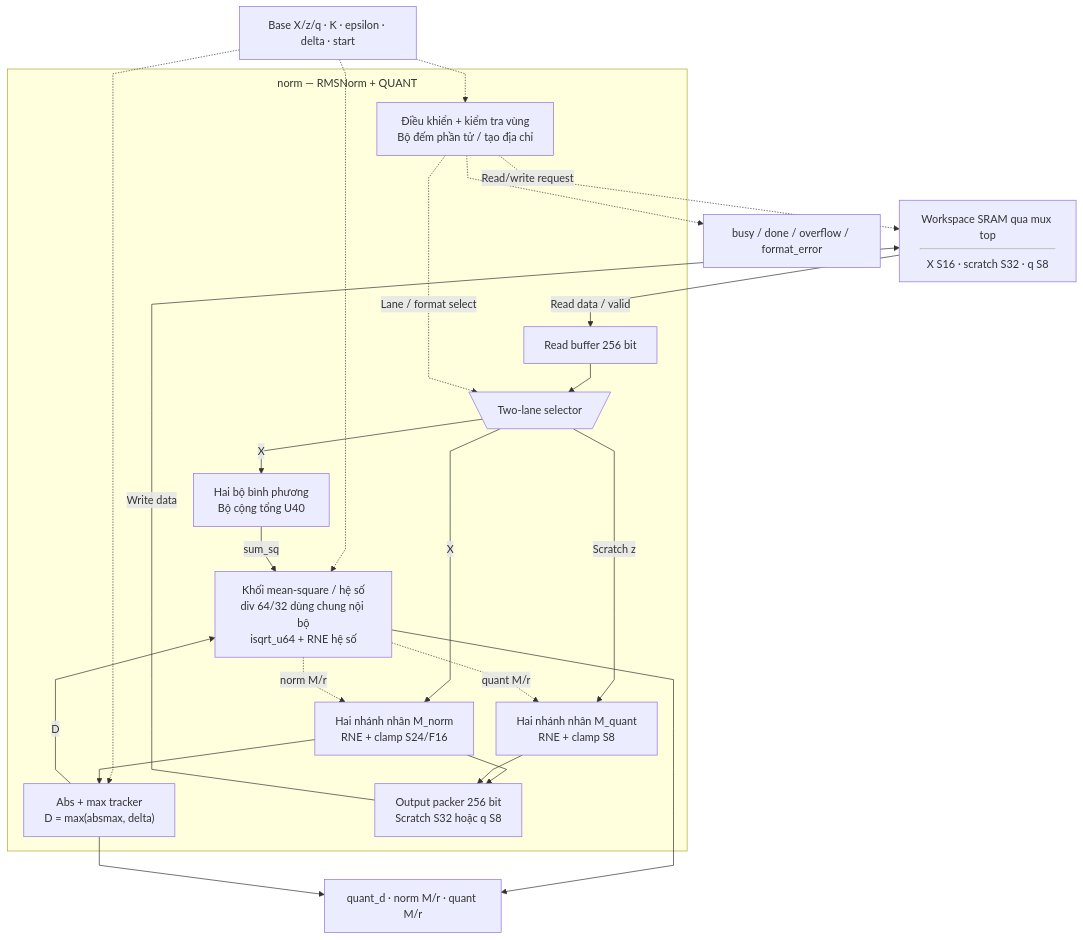
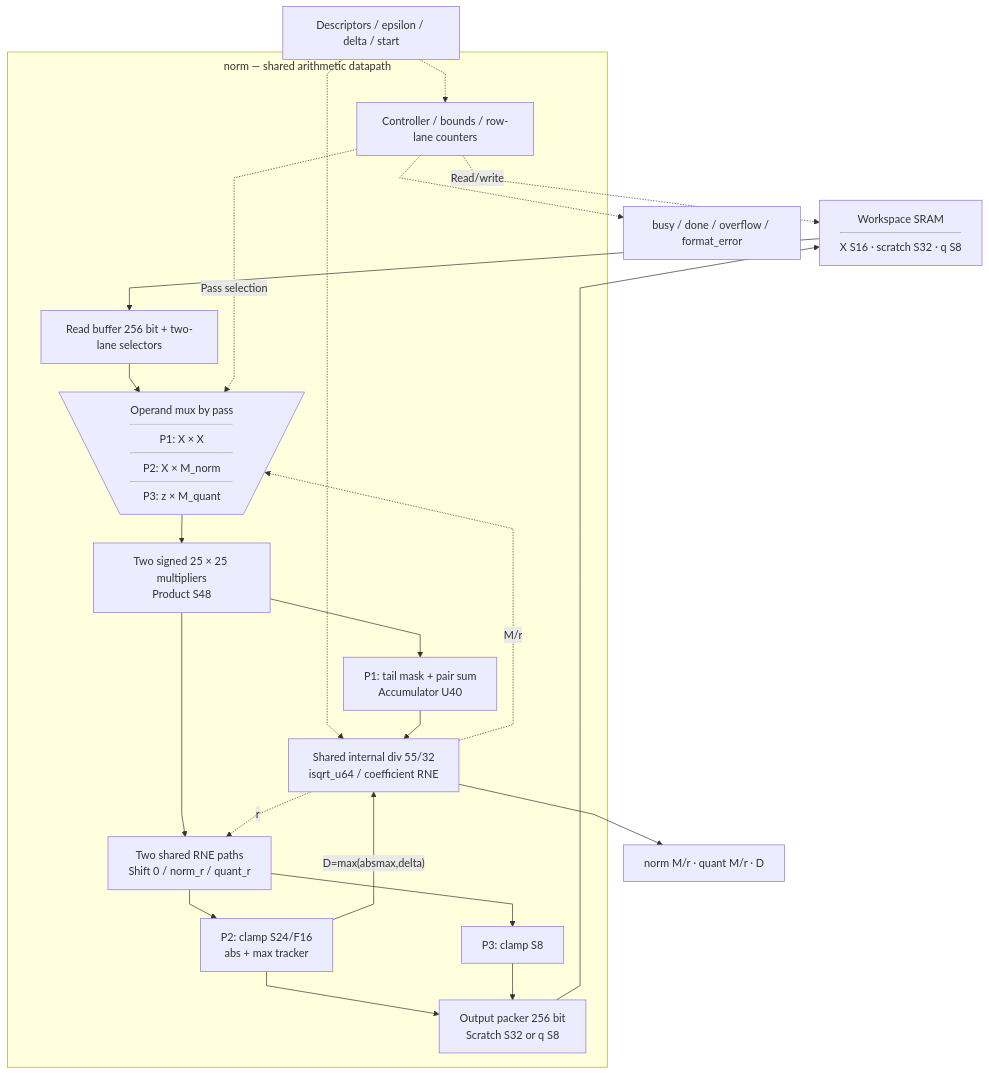
The first of 5 diagrams in docs/source_guide/blocks/norm.sv.md (nguyennhutkhanhtom/NPU), drawn with Mermaid before and after one commit. The commit also changed other lines of this file and 123 other files, not shown here.

````diff
--- a/docs/source_guide/blocks/norm.sv.md
+++ b/docs/source_guide/blocks/norm.sv.md
@@ -17,40 +17,38 @@
 ```mermaid
 flowchart TB
-%%{init: {"flowchart": {"subGraphTitleMargin": {"top": 8, "bottom": 20}, "nodeSpacing": 28, "rankSpacing": 42, "curve": "linear"}}}%%
-    WS@{ shape: rect, label: "Workspace SRAM qua mux top<hr/>X S16 · scratch S32 · q S8" }
-    CFG["Base X/z/q · K · epsilon · delta · start"]
-    subgraph CORE["norm — RMSNorm + QUANT"]
-        CTRL["Điều khiển + kiểm tra vùng<br/>Bộ đếm phần tử / tạo địa chỉ"]
-        READ["Read buffer 256 bit"]
-        LANE@{ shape: trap-t, label: "Two-lane selector" }
-        SQ["Hai bộ bình phương<br/>Bộ cộng tổng U40"]
-        COEF["Khối mean-square / hệ số<br/>div 64/32 dùng chung nội bộ<br/>isqrt_u64 + RNE hệ số"]
-        Z["Hai nhánh nhân M_norm<br/>RNE + clamp S24/F16"]
-        MAX["Abs + max tracker<br/>D = max(absmax, delta)"]
-        Q["Hai nhánh nhân M_quant<br/>RNE + clamp S8"]
-        PACK["Output packer 256 bit<br/>Scratch S32 hoặc q S8"]
+%%{init: {"flowchart": {"subGraphTitleMargin": {"top": 8, "bottom": 45}, "nodeSpacing": 28, "rankSpacing": 42, "curve": "linear"}}}%%
+    WS@{ shape: rect, label: "Workspace SRAM<hr/>X S16 · scratch S32 · q S8" }
+    CFG["Descriptors / epsilon / delta / start"]
+    subgraph CORE["norm — shared arithmetic datapath"]
+        CTRL["Controller / bounds / row-lane counters"]
+        READ["Read buffer 256 bit + two-lane selectors"]
+        OPS@{ shape: trap-t, label: "Operand mux by pass<hr/>P1: X × X<hr/>P2: X × M_norm<hr/>P3: z × M_quant" }
+        MUL["Two signed 25 × 25 multipliers<br/>Product S48"]
+        RNE["Two shared RNE paths<br/>Shift 0 / norm_r / quant_r"]
+        SUM["P1: tail mask + pair sum<br/>Accumulator U40"]
+        COEF["Shared internal div 55/32<br/>isqrt_u64 / coefficient RNE"]
+        Z["P2: clamp S24/F16<br/>abs + max tracker"]
+        Q["P3: clamp S8"]
+        PACK["Output packer 256 bit<br/>Scratch S32 or q S8"]
     end
-    META["quant_d · norm M/r · quant M/r"]
-    STATUS["busy / done / overflow / format_error"]
     CFG -.-> CTRL
     CFG -.-> COEF
-    CFG -.-> MAX
-    CTRL -.->|"Read/write request"| WS
-    WS -->|"Read data / valid"| READ
-    READ --> LANE
-    CTRL -.->|"Lane / format select"| LANE
-    LANE -->|"X"| SQ
-    SQ -->|"sum_sq"| COEF
-    LANE -->|"X"| Z
-    COEF -.->|"norm M/r"| Z
-    Z --> MAX
-    MAX -->|"D"| COEF
-    LANE -->|"Scratch z"| Q
-    COEF -.->|"quant M/r"| Q
+    CTRL -.->|"Read/write"| WS
+    WS --> READ
+    READ --> OPS
+    CTRL -.->|"Pass selection"| OPS
+    COEF -.->|"M/r"| OPS
+    OPS --> MUL
+    MUL --> SUM
+    MUL --> RNE
+    COEF -.->|"r"| RNE
+    SUM --> COEF
+    RNE --> Z
+    RNE --> Q
+    Z -->|"D=max(absmax,delta)"| COEF
     Z --> PACK
     Q --> PACK
-    PACK -->|"Write data"| WS
-    COEF --> META
-    MAX --> META
-    CTRL -.-> STATUS
+    PACK --> WS
+    COEF --> META["norm M/r · quant M/r · D"]
+    CTRL -.-> STATUS["busy / done / overflow / format_error"]
 ```
````
